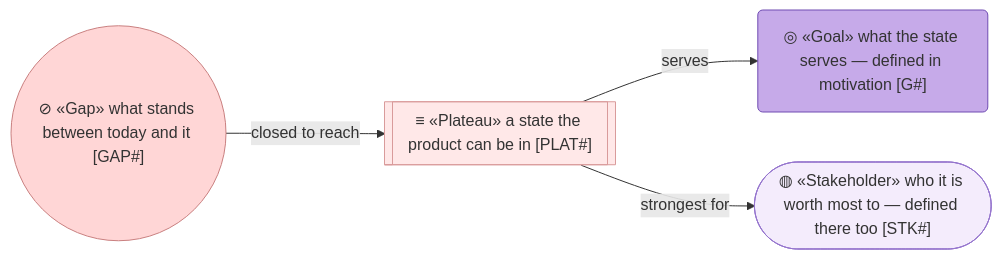
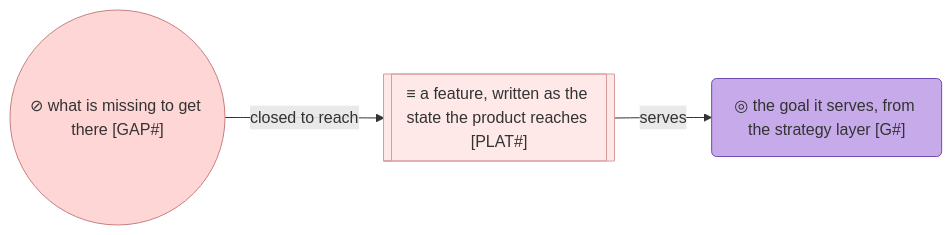
One commit to roanboc/architecture-archreator changed the first of 2 diagrams in product-archreator/architecture/6_transition/1_target-state.md. Above: the diagram before and after it, drawn with Mermaid. The commit also changed other lines of this file and 12 other files, not shown here.

First line of the commit message:
docs: the owner's merge is the approval, and the roadmap speaks plainly

````diff
--- a/product-archreator/architecture/6_transition/1_target-state.md
+++ b/product-archreator/architecture/6_transition/1_target-state.md
@@ -19,16 +13,13 @@
 ```mermaid
 flowchart LR
-  plat[["≡ «Plateau» a state the product can be in [PLAT#]"]]:::plateau
-  gap(("⊘ «Gap» what stands between today and it [GAP#]")):::gap
-  goal("◎ «Goal» what the state serves — defined in motivation [G#]"):::goal
-  stk(["◍ «Stakeholder» who it is worth most to — defined there too [STK#]"]):::stakeholder
+  plat[["≡ a feature, written as the state the product reaches [PLAT#]"]]:::feature
+  gap(("⊘ what is missing to get there [GAP#]")):::missing
+  goal("◎ the goal it serves, from the strategy layer [G#]"):::goal
 
   gap -->|closed to reach| plat
   plat -->|serves| goal
-  plat -->|strongest for| stk
 
-  classDef plateau fill:#ffe8e8,stroke:#d99b9b,color:#333
-  classDef gap fill:#ffd6d6,stroke:#c98080,color:#333
+  classDef feature fill:#ffe8e8,stroke:#d99b9b,color:#333
+  classDef missing fill:#ffd6d6,stroke:#c98080,color:#333
   classDef goal fill:#c6aae9,stroke:#6f4bb2,color:#333
-  classDef stakeholder fill:#f4ecfc,stroke:#9575cd,color:#333
 ```
````
